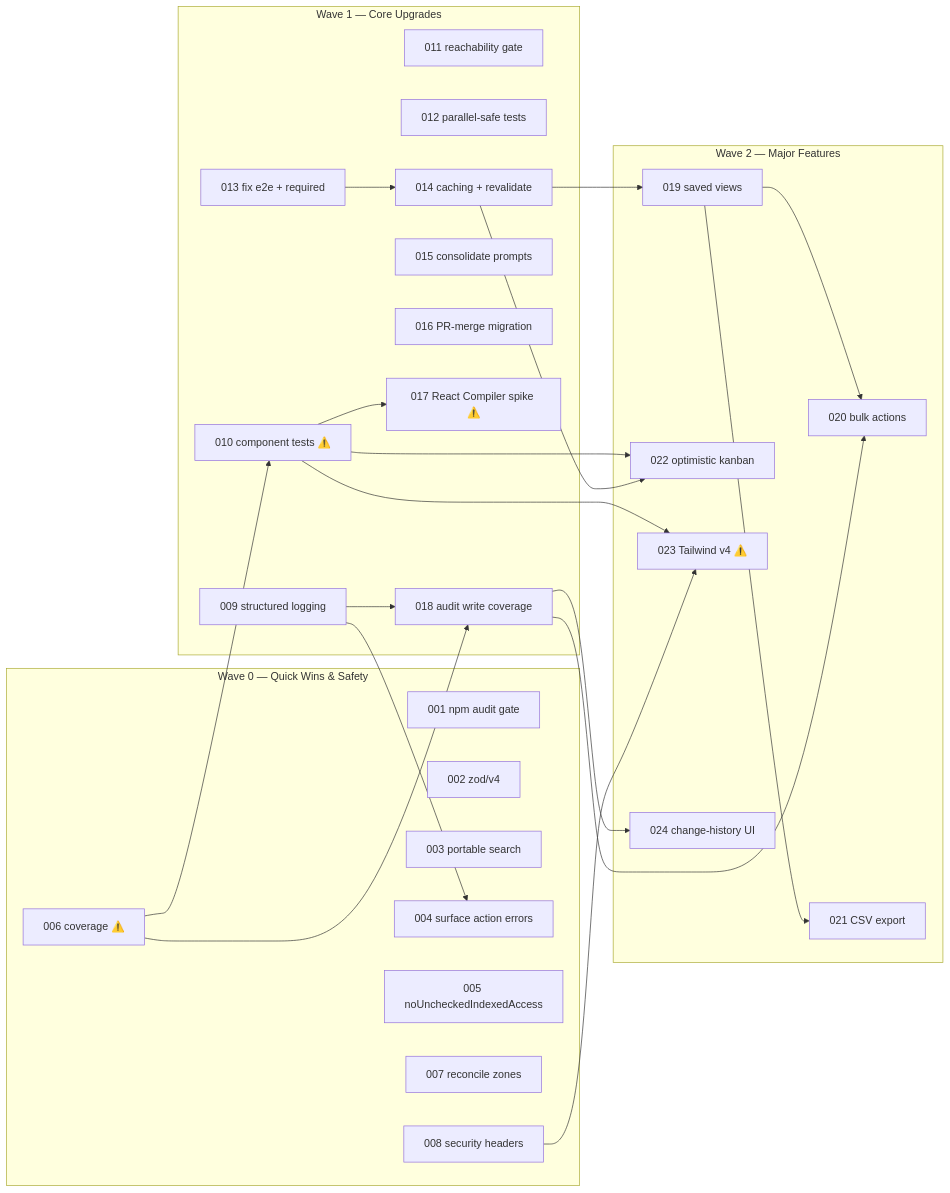
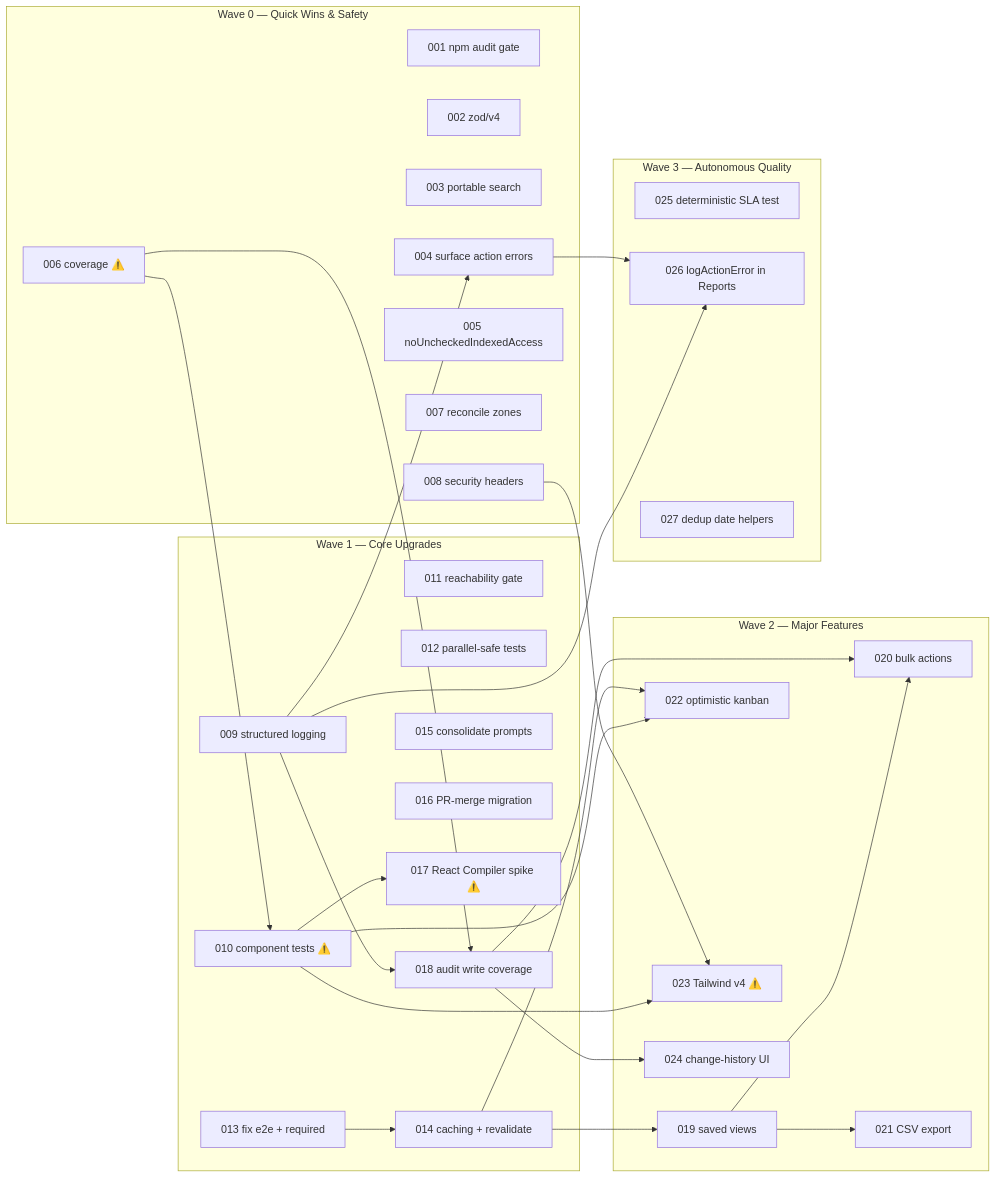
The diagram in plan/ROADMAP.md (michaelcrosato/salesforce-lite-crm), drawn with Mermaid before and after one commit. The commit also changed other lines of this file and 6 other files, not shown here.

Commit message:
feat(spec-025): promote Wave 3 specs and implement deterministic Case SLA seed test

````diff
--- a/plan/ROADMAP.md
+++ b/plan/ROADMAP.md
@@ -107,49 +120,56 @@
 ```mermaid
 graph LR
   subgraph P0["Wave 0 — Quick Wins & Safety"]
     S001["001 npm audit gate"]
     S002["002 zod/v4"]
     S003["003 portable search"]
     S004["004 surface action errors"]
     S005["005 noUncheckedIndexedAccess"]
     S006["006 coverage ⚠️"]
     S007["007 reconcile zones"]
     S008["008 security headers"]
   end
   subgraph P1["Wave 1 — Core Upgrades"]
     S009["009 structured logging"]
     S010["010 component tests ⚠️"]
     S011["011 reachability gate"]
     S012["012 parallel-safe tests"]
     S013["013 fix e2e + required"]
     S014["014 caching + revalidate"]
     S015["015 consolidate prompts"]
     S016["016 PR-merge migration"]
     S017["017 React Compiler spike ⚠️"]
     S018["018 audit write coverage"]
   end
   subgraph P2["Wave 2 — Major Features"]
     S019["019 saved views"]
     S020["020 bulk actions"]
     S021["021 CSV export"]
     S022["022 optimistic kanban"]
     S023["023 Tailwind v4 ⚠️"]
     S024["024 change-history UI"]
   end
+  subgraph P3["Wave 3 — Autonomous Quality"]
+    S025["025 deterministic SLA test"]
+    S026["026 logActionError in Reports"]
+    S027["027 dedup date helpers"]
+  end
 
   S009 --> S004
   S009 --> S018
   S006 --> S010
   S006 --> S018
   S013 --> S014
   S010 --> S017
   S010 --> S022
   S010 --> S023
   S008 --> S023
   S014 --> S019
   S014 --> S022
   S019 --> S020
   S019 --> S021
   S018 --> S020
   S018 --> S024
+  S009 --> S026
+  S004 --> S026
 ```
````
